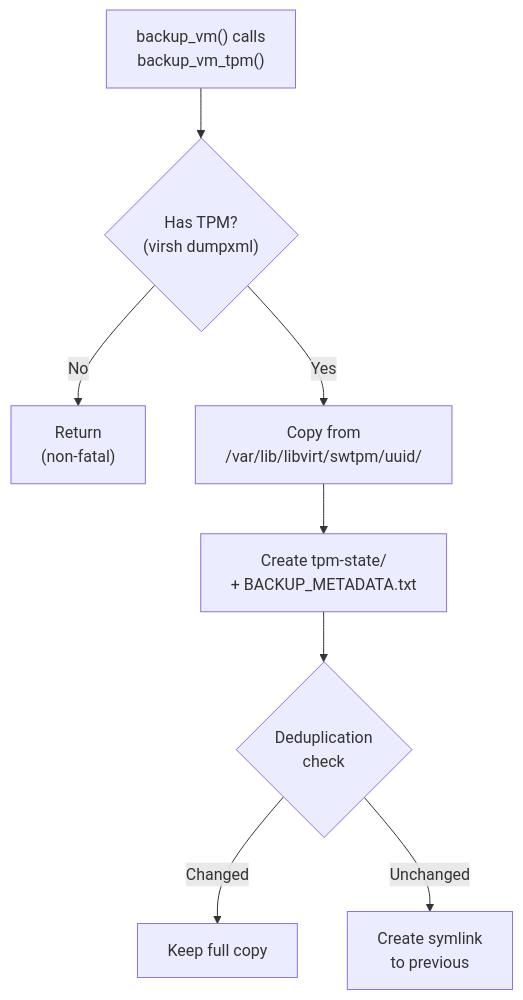
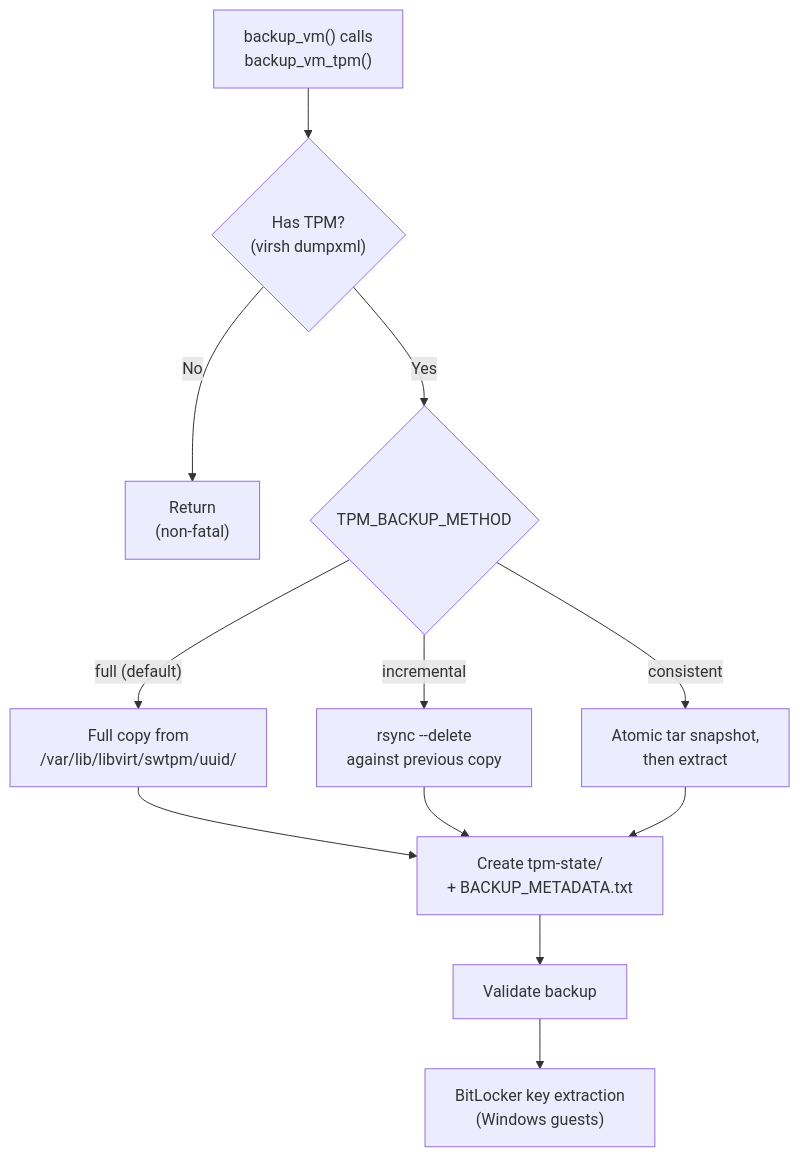
One commit to doutsis/vmbackup changed the fourth of 4 diagrams in vmbackup.md. Above: the diagram before and after it, drawn with Mermaid. The commit also changed other lines of this file and 48 other files, not shown here.

````diff
--- a/vmbackup.md
+++ b/vmbackup.md
@@ -1923,10 +1963,14 @@
 ```mermaid
 flowchart TD
     A["backup_vm() calls<br/>backup_vm_tpm()"] --> B{"Has TPM?<br/>(virsh dumpxml)"}
     B -->|No| C["Return<br/>(non-fatal)"]
-    B -->|Yes| D["Copy from<br/>/var/lib/libvirt/swtpm/uuid/"]
-    D --> E["Create tpm-state/<br/>+ BACKUP_METADATA.txt"]
-    E --> F{"Deduplication<br/>check"}
-    F -->|Changed| G["Keep full copy"]
-    F -->|Unchanged| H["Create symlink<br/>to previous"]
+    B -->|Yes| D{"TPM_BACKUP_METHOD"}
+    D -->|"full (default)"| E["Full copy from<br/>/var/lib/libvirt/swtpm/uuid/"]
+    D -->|incremental| F["rsync --delete<br/>against previous copy"]
+    D -->|consistent| G["Atomic tar snapshot,<br/>then extract"]
+    E --> H["Create tpm-state/<br/>+ BACKUP_METADATA.txt"]
+    F --> H
+    G --> H
+    H --> I["Validate backup"]
+    I --> J["BitLocker key extraction<br/>(Windows guests)"]
 ```
````
